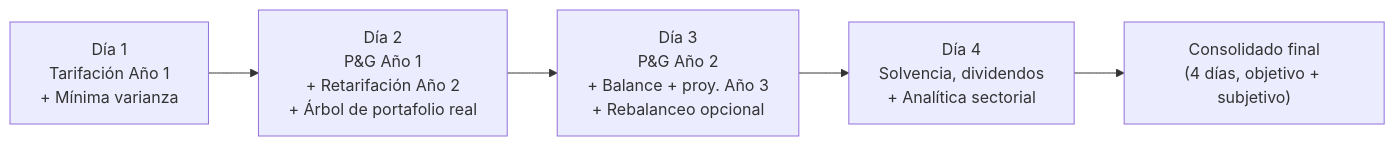
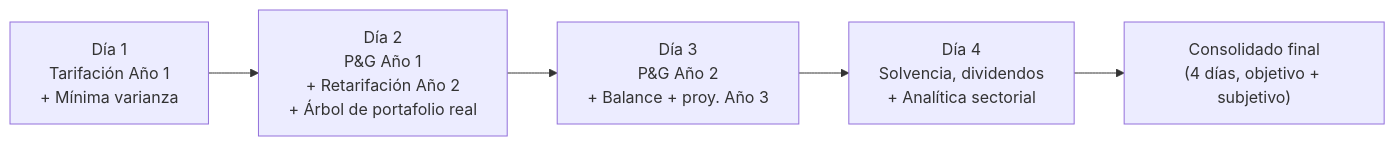
One commit to SaraGallego22/simulador-financiero-y-actuarial changed the fourth of 5 diagrams in README.md. Above: the diagram before and after it, drawn with Mermaid. The commit also changed other lines of this file and 5 other files, not shown here.

````diff
--- a/README.md
+++ b/README.md
@@ -479,7 +479,7 @@
 ```mermaid
 flowchart LR
     D1["Día 1\nTarifación Año 1\n+ Mínima varianza"] --> D2["Día 2\nP&G Año 1\n+ Retarifación Año 2\n+ Árbol de portafolio real"]
-    D2 --> D3["Día 3\nP&G Año 2\n+ Balance + proy. Año 3\n+ Rebalanceo opcional"]
+    D2 --> D3["Día 3\nP&G Año 2\n+ Balance + proy. Año 3"]
     D3 --> D4["Día 4\nSolvencia, dividendos\n+ Analítica sectorial"]
     D4 --> Final["Consolidado final\n(4 días, objetivo + subjetivo)"]
 ```
````
